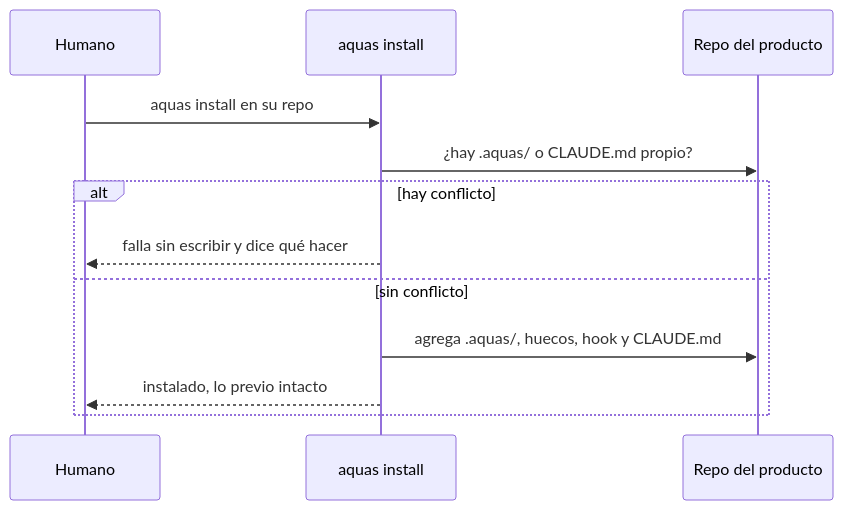
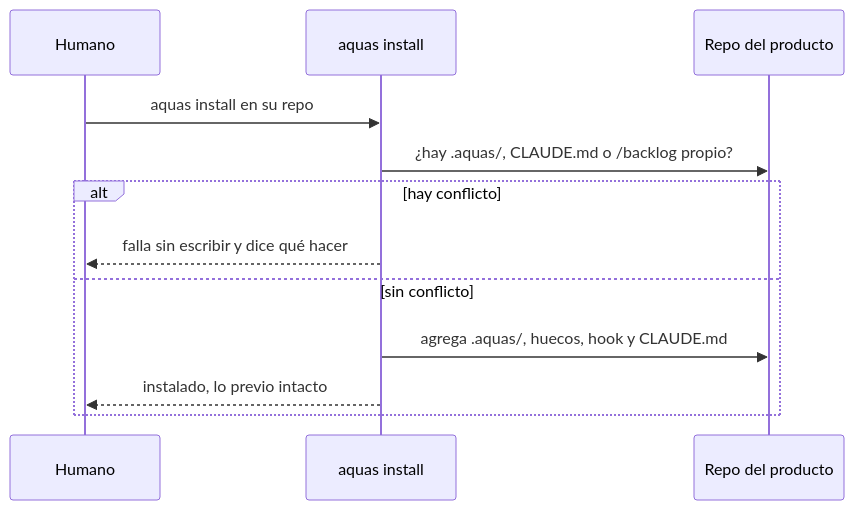
One commit to jliberal-aquas/aquas-central-harness-government changed the diagram in docs/E002/F002/S002.md. Above: the diagram before and after it, drawn with Mermaid. The commit also changed other lines of this file and 17 other files, not shown here.

````diff
--- a/docs/E002/F002/S002.md
+++ b/docs/E002/F002/S002.md
@@ -66,14 +66,14 @@
 ```mermaid
 sequenceDiagram
     participant H as Humano
     participant I as aquas install
     participant R as Repo del producto
     H->>I: aquas install en su repo
-    I->>R: ¿hay .aquas/ o CLAUDE.md propio?
+    I->>R: ¿hay .aquas/, CLAUDE.md o /backlog propio?
     alt hay conflicto
         I-->>H: falla sin escribir y dice qué hacer
     else sin conflicto
         I->>R: agrega .aquas/, huecos, hook y CLAUDE.md
         I-->>H: instalado, lo previo intacto
     end
 ```
````
